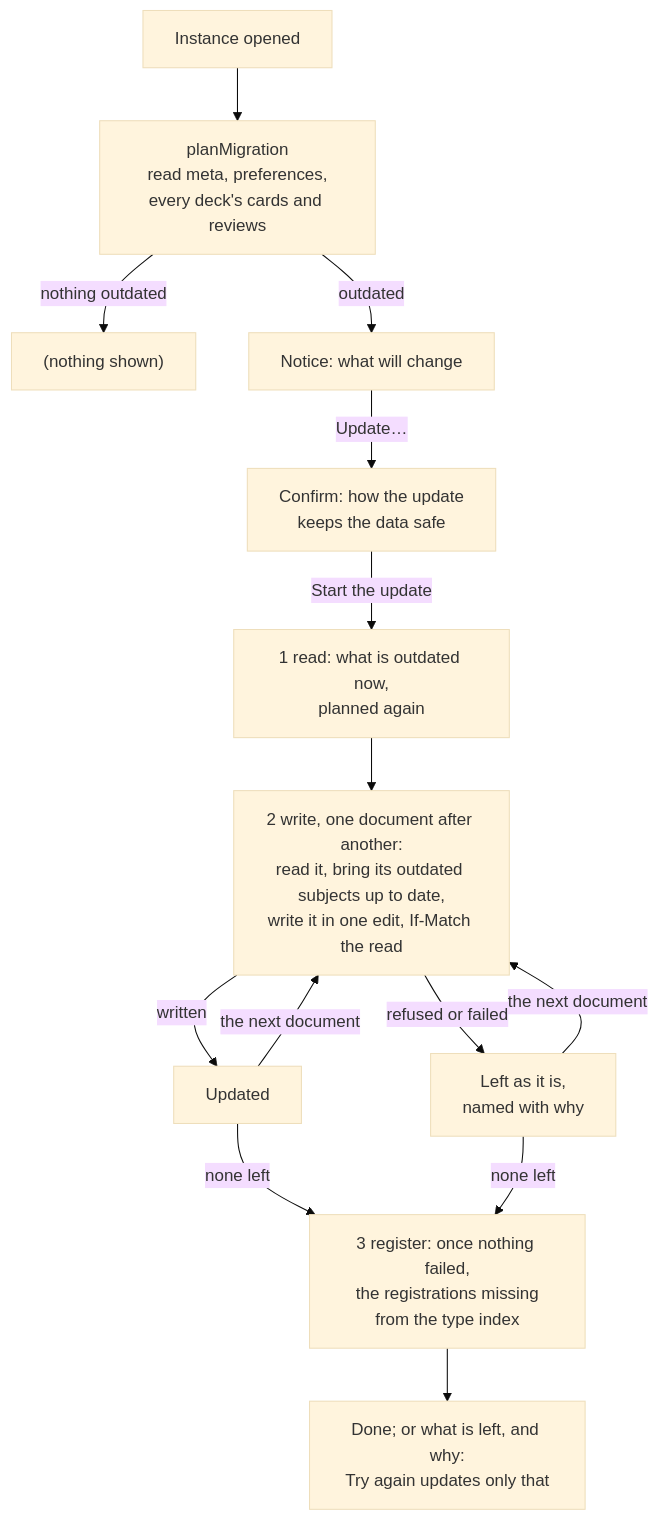
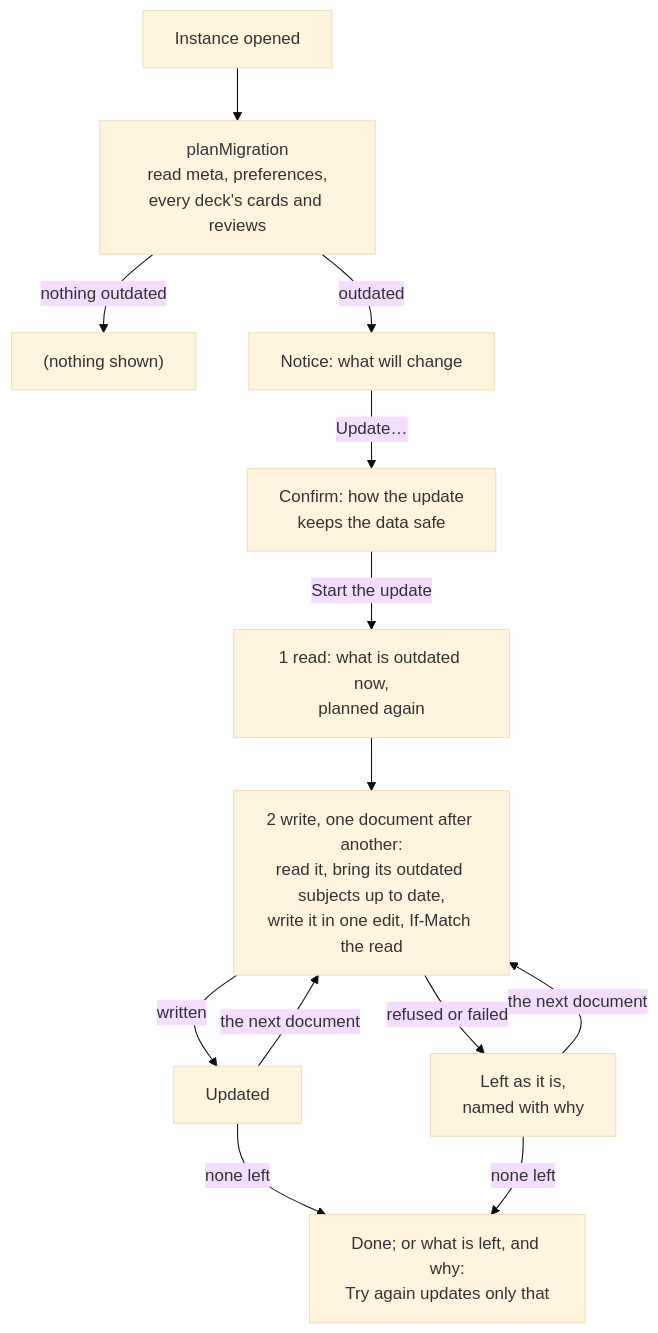
Before and after one commit to solid-memo/website: the second of 3 diagrams in docs/migrations.md, drawn with Mermaid (base theme). The commit also changed other lines of this file and 43 other files, not shown here.

````diff
--- a/docs/migrations.md
+++ b/docs/migrations.md
@@ -502,16 +502,15 @@
 ```mermaid
 flowchart TD
     accTitle: Updating an instance
-    accDescr: Once the learner confirms, the update reads what is outdated, writes one document after another, and registers what the type index lacks once nothing failed.
+    accDescr: Once the learner confirms, the update reads what is outdated and writes one document after another, then says what is done or left.
     open["Instance opened"] --> plan["planMigration<br/>read meta, preferences,<br/>every deck's cards and reviews"]
     plan -->|nothing outdated| quiet["(nothing shown)"]
     plan -->|outdated| notice["Notice: what will change"]
     notice -->|Update…| confirm["Confirm: how the update<br/>keeps the data safe"]
     confirm -->|Start the update| read["1 read: what is outdated now,<br/>planned again"]
     read --> write["2 write, one document after another:<br/>read it, bring its outdated subjects up to date,<br/>write it in one edit, If-Match the read"]
     write -->|written| updated["Updated"]
     write -->|refused or failed| left["Left as it is,<br/>named with why"]
     updated & left -->|the next document| write
-    updated & left -->|none left| register["3 register: once nothing failed,<br/>the registrations missing<br/>from the type index"]
-    register --> done["Done; or what is left, and why:<br/>Try again updates only that"]
+    updated & left -->|none left| done["Done; or what is left, and why:<br/>Try again updates only that"]
 ```
````
